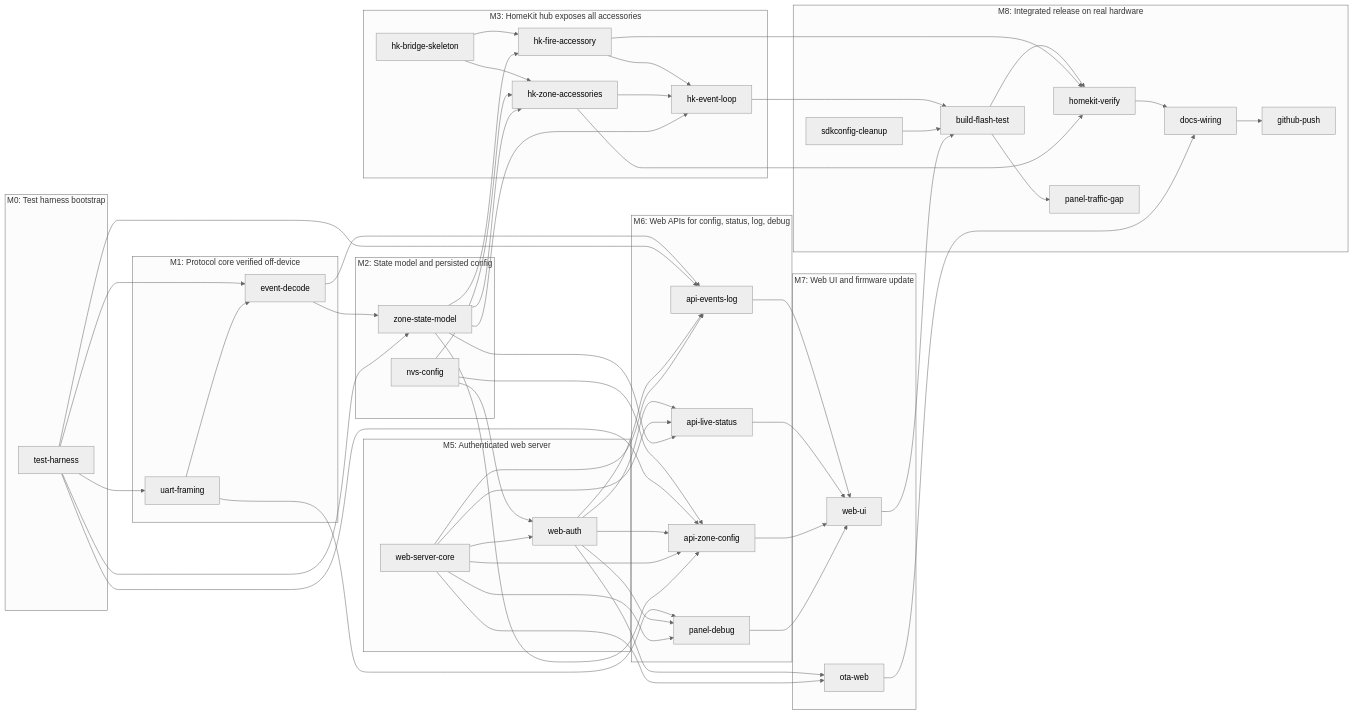
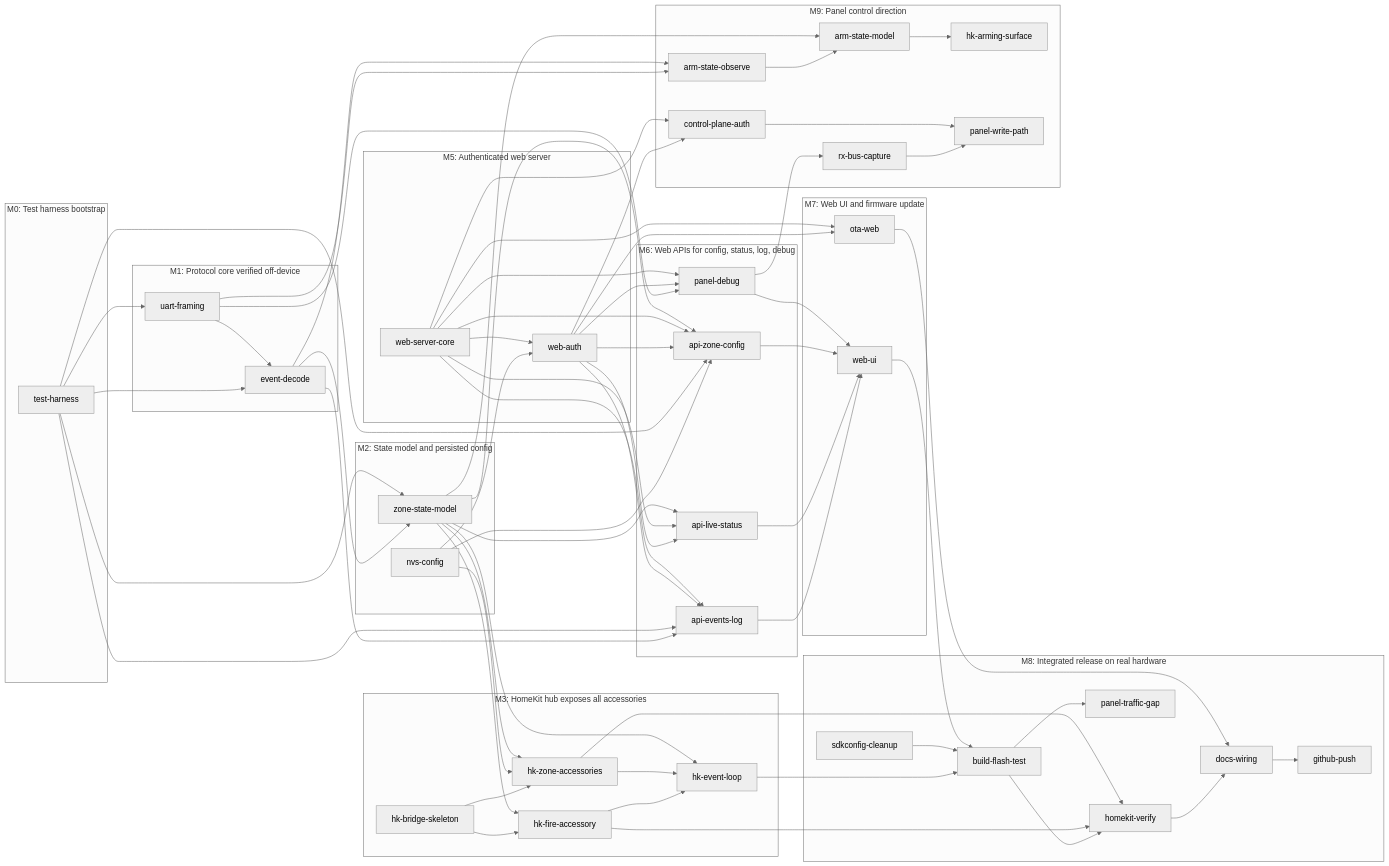
Before and after one commit to nplourde/esp-homekit-paradox1738: the diagram in TODO.md, drawn with Mermaid (neutral theme). The commit also changed other lines of this file, not shown here.

````diff
--- a/TODO.md
+++ b/TODO.md
@@ -673,6 +735,14 @@
     n_homekit_verify["homekit-verify"]
     n_panel_traffic_gap["panel-traffic-gap"]
     n_sdkconfig_cleanup["sdkconfig-cleanup"]
+  end
+  subgraph sg_M9["M9: Panel control direction"]
+    n_arm_state_observe["arm-state-observe"]
+    n_arm_state_model["arm-state-model"]
+    n_hk_arming_surface["hk-arming-surface"]
+    n_rx_bus_capture["rx-bus-capture"]
+    n_control_plane_auth["control-plane-auth"]
+    n_panel_write_path["panel-write-path"]
   end
   n_event_decode --> n_api_events_log
   n_test_harness --> n_api_events_log
@@ -720,4 +790,14 @@
   n_panel_debug --> n_web_ui
   n_event_decode --> n_zone_state_model
   n_test_harness --> n_zone_state_model
+  n_uart_framing --> n_arm_state_observe
+  n_event_decode --> n_arm_state_observe
+  n_arm_state_observe --> n_arm_state_model
+  n_zone_state_model --> n_arm_state_model
+  n_arm_state_model --> n_hk_arming_surface
+  n_panel_debug --> n_rx_bus_capture
+  n_rx_bus_capture --> n_panel_write_path
+  n_control_plane_auth --> n_panel_write_path
+  n_web_auth --> n_control_plane_auth
+  n_web_server_core --> n_control_plane_auth
 ```
````
